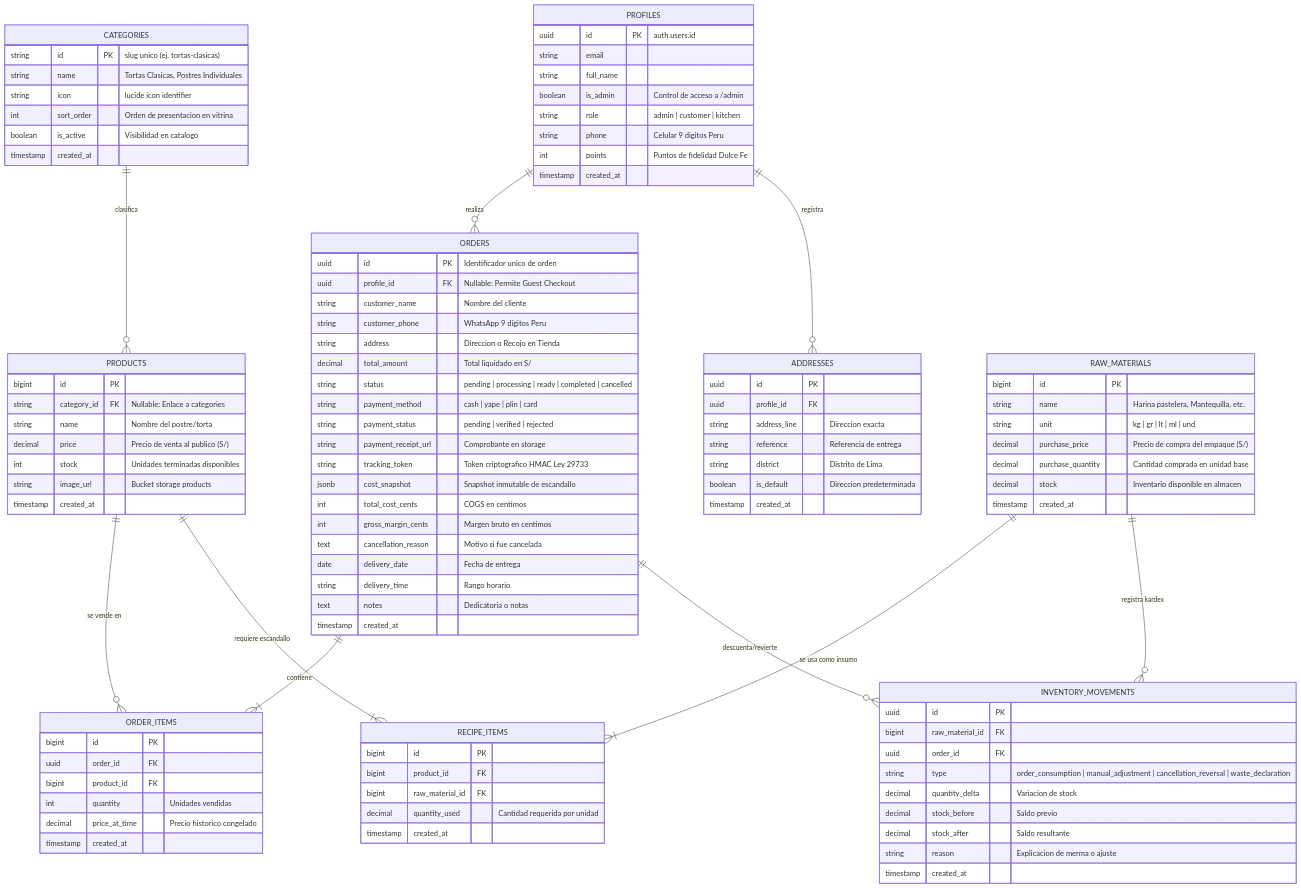
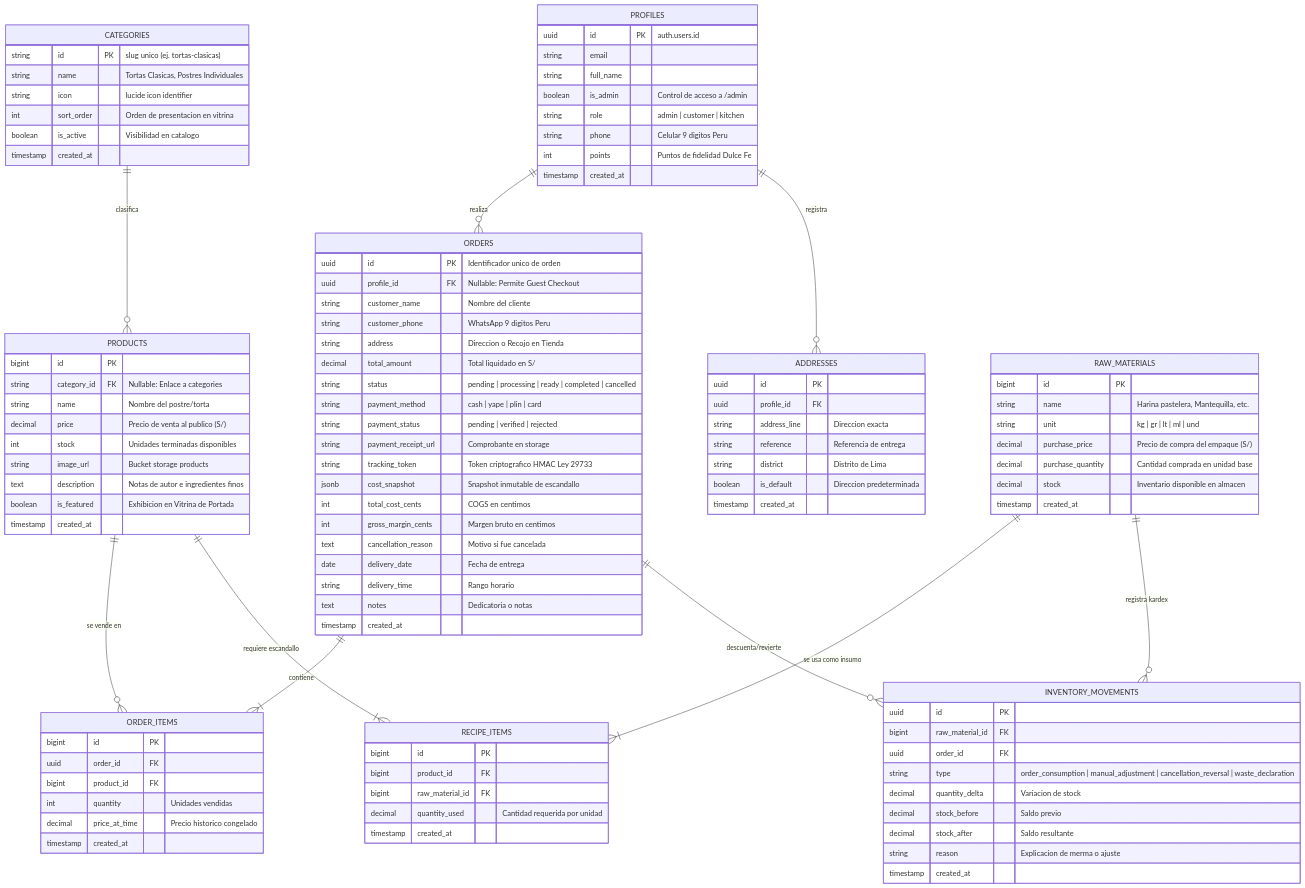
One commit to Proyecto-Postre/Fullstack-dulcefe changed the diagram in docs/02 - Backend & Datos/esquema-base-datos.md. Above: the diagram before and after it, drawn with Mermaid. The commit also changed other lines of this file and 22 other files, not shown here.

```diff
--- a/docs/02 - Backend & Datos/esquema-base-datos.md
+++ b/docs/02 - Backend & Datos/esquema-base-datos.md
@@ -70,6 +70,8 @@
         decimal price "Precio de venta al publico (S/)"
         int stock "Unidades terminadas disponibles"
         string image_url "Bucket storage products"
+        text description "Notas de autor e ingredientes finos"
+        boolean is_featured "Exhibicion en Vitrina de Portada"
         timestamp created_at
     }
 
```
